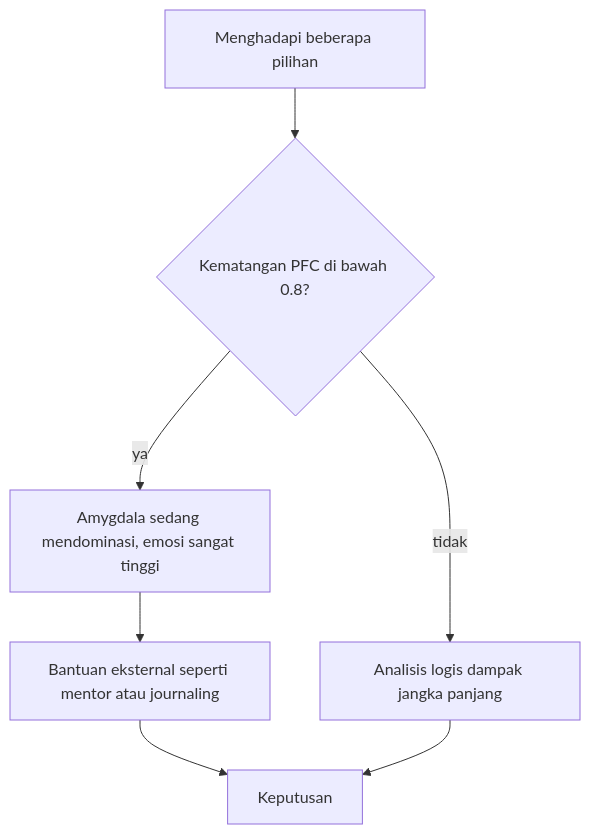
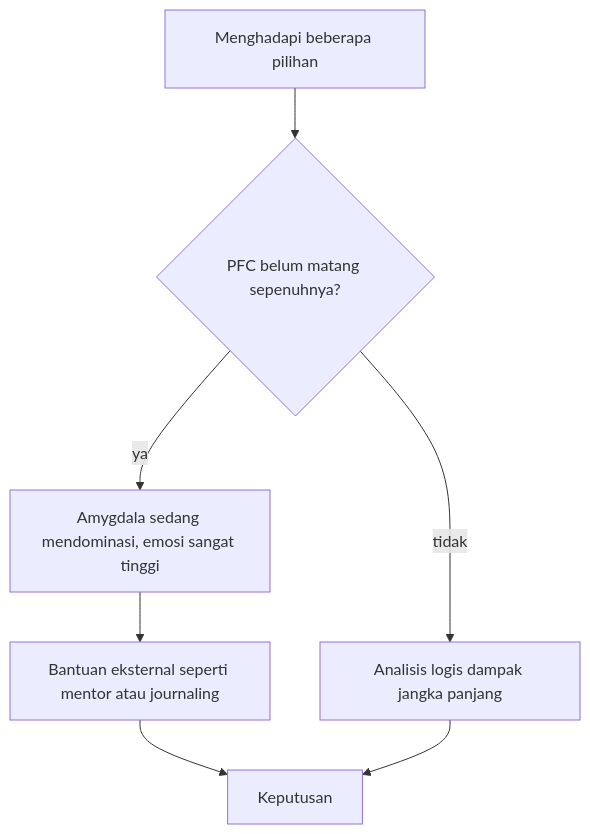
Before and after one commit to belajarcarabelajar/dawnbook: the diagram in books/quarter-life-crisis/src/content/04_psikologi-perkembangan-dewasa-muda-memahami-fase-emerging-adulthood.md, drawn with Mermaid. The commit also changed other lines of this file and 37 other files, not shown here.

First line of the commit message:
fix(books): replace raw code blocks in eight books with tables, diagrams and prose

````diff
--- a/books/quarter-life-crisis/src/content/04_psikologi-perkembangan-dewasa-muda-memahami-fase-emerging-adulthood.md
+++ b/books/quarter-life-crisis/src/content/04_psikologi-perkembangan-dewasa-muda-memahami-fase-emerging-adulthood.md
@@ -102,11 +87,11 @@
 ```mermaid
 flowchart TD
-    accTitle: Ilustrasi kode, logika keputusan menurut kematangan PFC
-    accDescr: Dalam analogi otak sebagai fungsi program, jika tingkat kematangan PFC di bawah 0.8, amygdala sedang mendominasi sehingga keputusan diambil dengan bantuan eksternal seperti mentor atau journaling. Jika tidak, keputusan diambil lewat analisis logis dampak jangka panjang.
-    A["Menghadapi beberapa pilihan"] --> B{"Kematangan PFC di bawah 0.8?"}
+    accTitle: Logika keputusan menurut kematangan PFC
+    accDescr: Saat menghadapi beberapa pilihan, jika PFC belum matang sepenuhnya, amygdala sedang mendominasi dan emosi sangat tinggi sehingga keputusan diambil dengan bantuan eksternal seperti mentor atau journaling. Jika PFC sudah lebih matang, keputusan diambil lewat analisis logis dampak jangka panjang.
+    A["Menghadapi beberapa pilihan"] --> B{"PFC belum matang sepenuhnya?"}
     B -->|"ya"| C["Amygdala sedang mendominasi, emosi sangat tinggi"]
     C --> D["Bantuan eksternal seperti mentor atau journaling"]
     B -->|"tidak"| E["Analisis logis dampak jangka panjang"]
     D --> F["Keputusan"]
     E --> F
 ```
````
